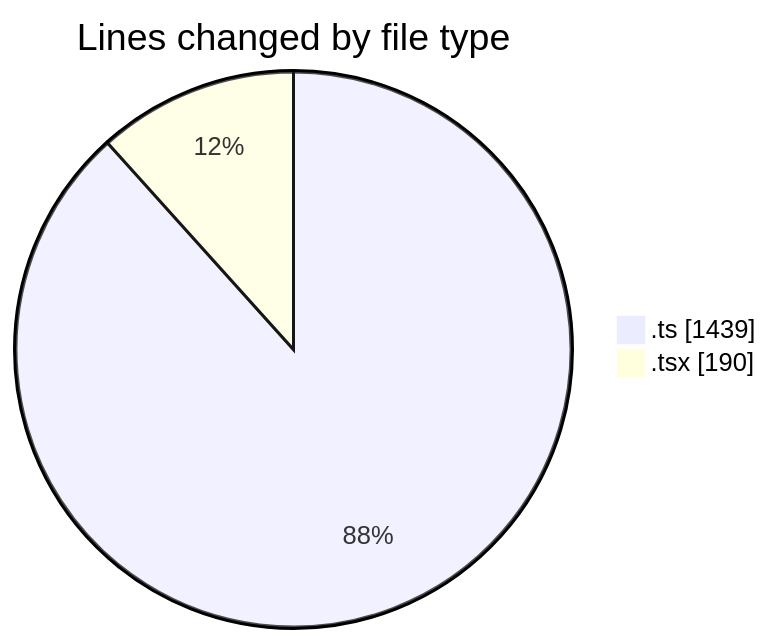
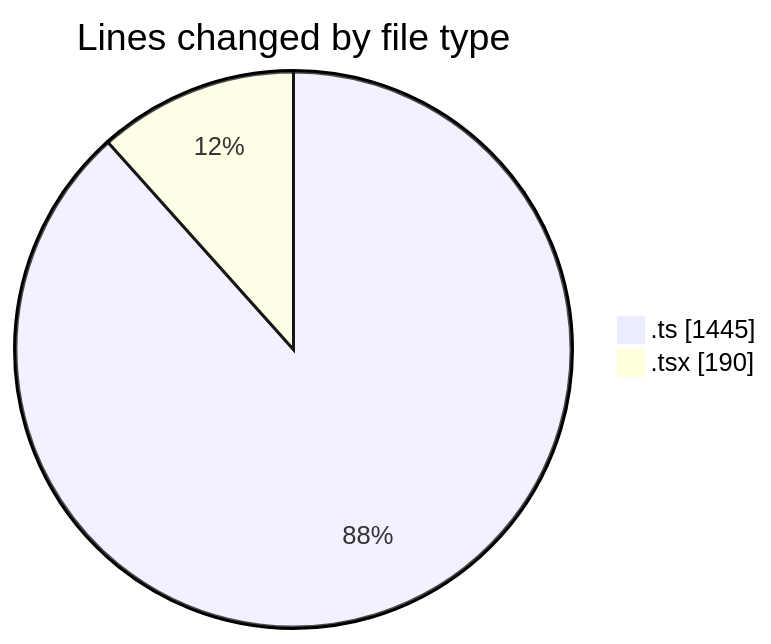
The first of 2 diagrams in 2026-03-04/nxtqube_webapp/README.md (nxtqubesakshisongat/code-tracking), drawn with Mermaid before and after one commit. The commit also changed other lines of this file and 1 other file, not shown here.

````diff
--- a/2026-03-04/nxtqube_webapp/README.md
+++ b/2026-03-04/nxtqube_webapp/README.md
@@ -23,6 +23,6 @@
 ```mermaid
 pie showData
 title Lines changed by file type
-".ts" : 1439
+".ts" : 1445
 ".tsx" : 190
 ```
````
